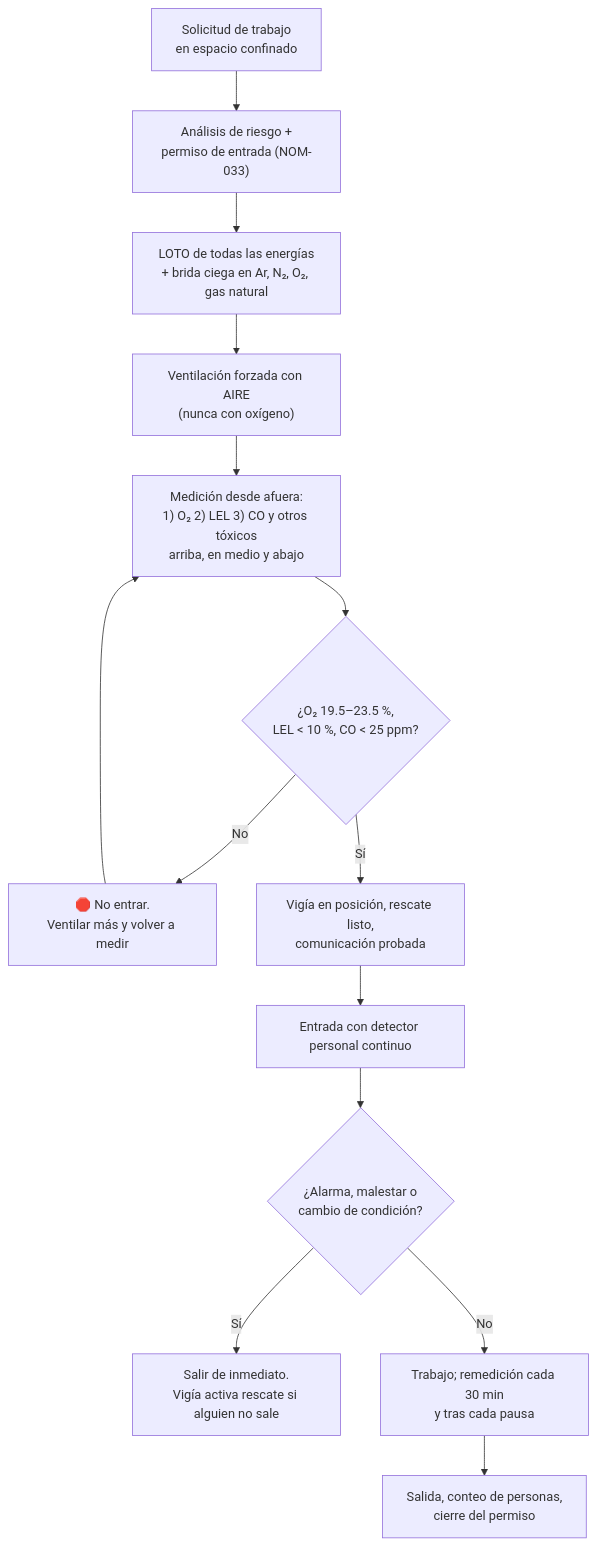
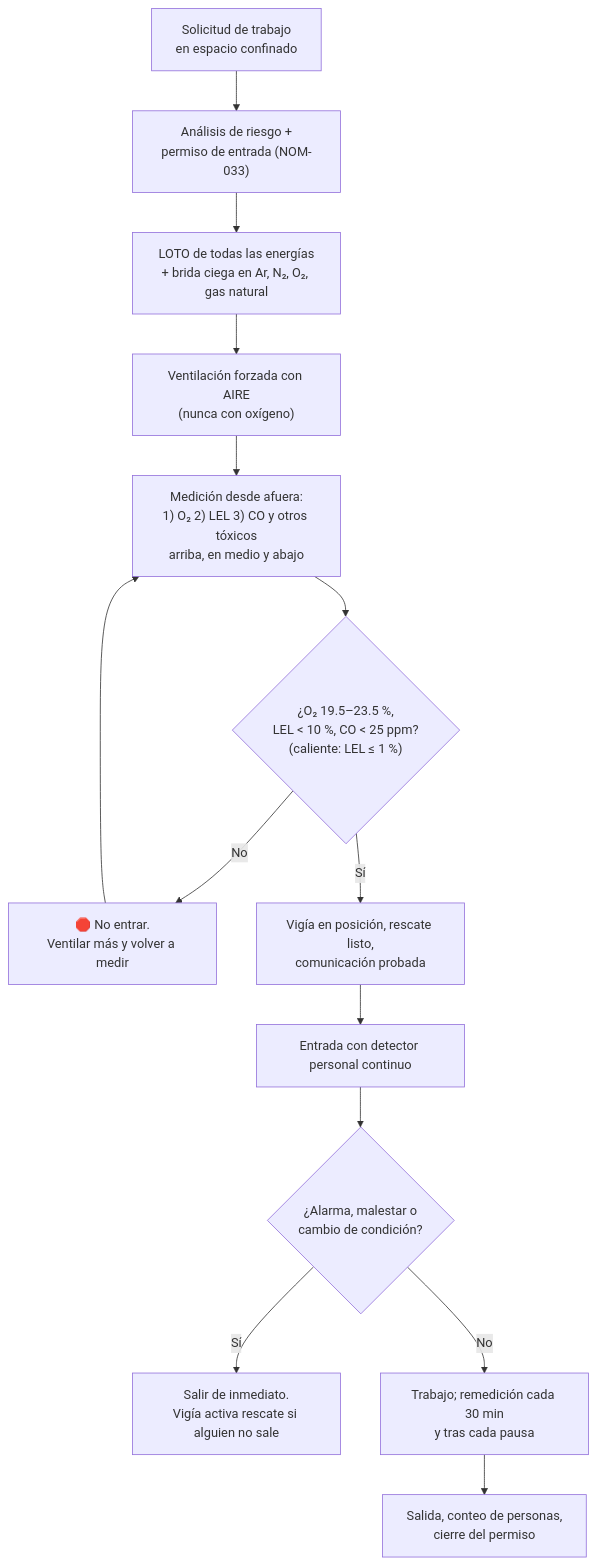
The diagram in 10-plantas/01-steelmaking/04-seguridad/MS-ACE-05-espacios-confinados.md (diegocardonaguzman03-maker/HR), drawn with Mermaid before and after one commit. The commit also changed other lines of this file and 59 other files, not shown here.

````diff
--- a/10-plantas/01-steelmaking/04-seguridad/MS-ACE-05-espacios-confinados.md
+++ b/10-plantas/01-steelmaking/04-seguridad/MS-ACE-05-espacios-confinados.md
@@ -46,16 +46,16 @@
 ```mermaid
 flowchart TD
     A["Solicitud de trabajo<br/>en espacio confinado"] --> B["Análisis de riesgo +<br/>permiso de entrada (NOM-033)"]
     B --> C["LOTO de todas las energías<br/>+ brida ciega en Ar, N₂, O₂, gas natural"]
     C --> D["Ventilación forzada con AIRE<br/>(nunca con oxígeno)"]
     D --> E["Medición desde afuera:<br/>1) O₂ 2) LEL 3) CO y otros tóxicos<br/>arriba, en medio y abajo"]
-    E --> F{"¿O₂ 19.5–23.5 %,<br/>LEL < 10 %, CO < 25 ppm?"}
+    E --> F{"¿O₂ 19.5–23.5 %,<br/>LEL < 10 %, CO < 25 ppm?<br/>(caliente: LEL ≤ 1 %)"}
     F -- "No" --> G["🛑 No entrar.<br/>Ventilar más y volver a medir"]
     G --> E
     F -- "Sí" --> H["Vigía en posición, rescate listo,<br/>comunicación probada"]
     H --> I["Entrada con detector personal continuo"]
     I --> J{"¿Alarma, malestar o<br/>cambio de condición?"}
     J -- "Sí" --> K["Salir de inmediato.<br/>Vigía activa rescate si alguien no sale"]
     J -- "No" --> L["Trabajo; remedición cada 30 min<br/>y tras cada pausa"]
     L --> M["Salida, conteo de personas,<br/>cierre del permiso"]
 ```
````
